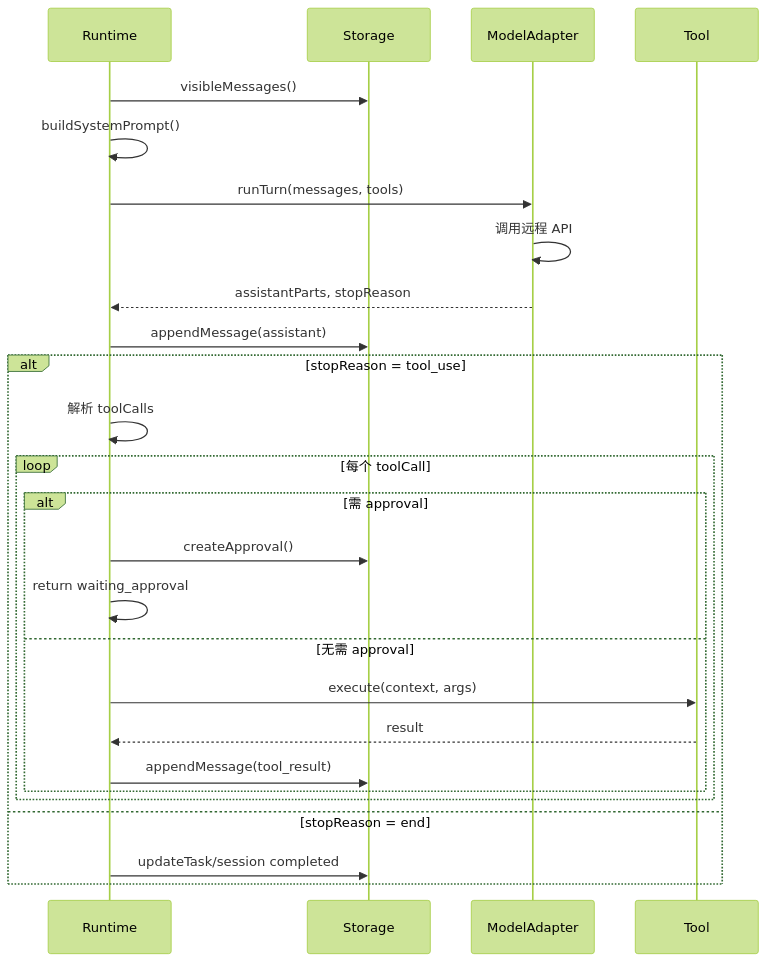
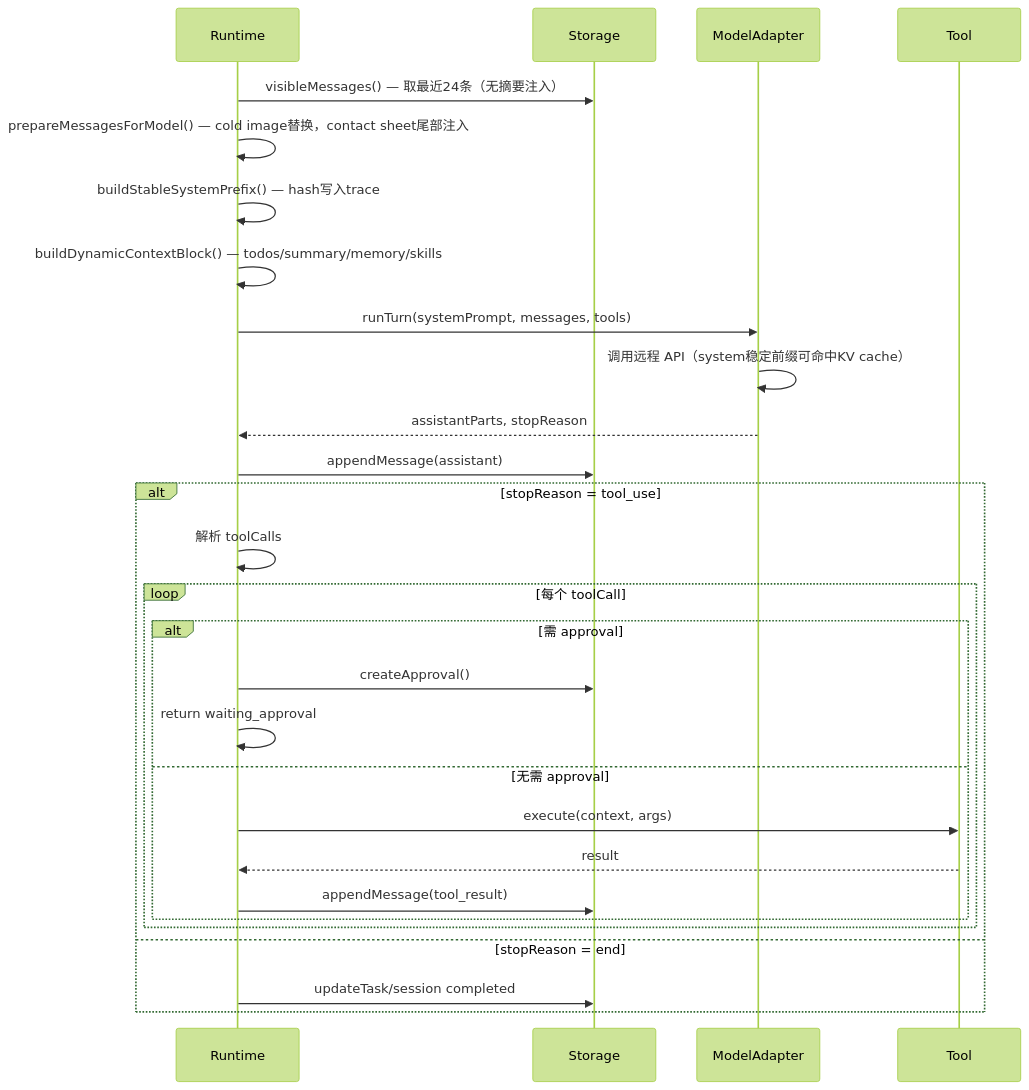
One commit to magele758/ppeng-agent-core changed the eighth of 8 diagrams in docs/ARCHITECTURE.md. Above: the diagram before and after it, drawn with Mermaid (forest theme). The commit also changed other lines of this file and 28 other files, not shown here.

````diff
--- a/docs/ARCHITECTURE.md
+++ b/docs/ARCHITECTURE.md
@@ -439,30 +459,32 @@
 ```mermaid
 sequenceDiagram
     participant R as Runtime
     participant S as Storage
     participant M as ModelAdapter
     participant T as Tool
 
-    R->>S: visibleMessages()
-    R->>R: buildSystemPrompt()
-    R->>M: runTurn(messages, tools)
-    M->>M: 调用远程 API
+    R->>S: visibleMessages() — 取最近24条（无摘要注入）
+    R->>R: prepareMessagesForModel() — cold image替换，contact sheet尾部注入
+    R->>R: buildStableSystemPrefix() — hash写入trace
+    R->>R: buildDynamicContextBlock() — todos/summary/memory/skills
+    R->>M: runTurn(systemPrompt, messages, tools)
+    M->>M: 调用远程 API（system稳定前缀可命中KV cache）
     M-->>R: assistantParts, stopReason
     R->>S: appendMessage(assistant)
 
     alt stopReason = tool_use
         R->>R: 解析 toolCalls
         loop 每个 toolCall
             alt 需 approval
                 R->>S: createApproval()
                 R->>R: return waiting_approval
             else 无需 approval
                 R->>T: execute(context, args)
                 T-->>R: result
                 R->>S: appendMessage(tool_result)
             end
         end
     else stopReason = end
         R->>S: updateTask/session completed
     end
 ```
````
